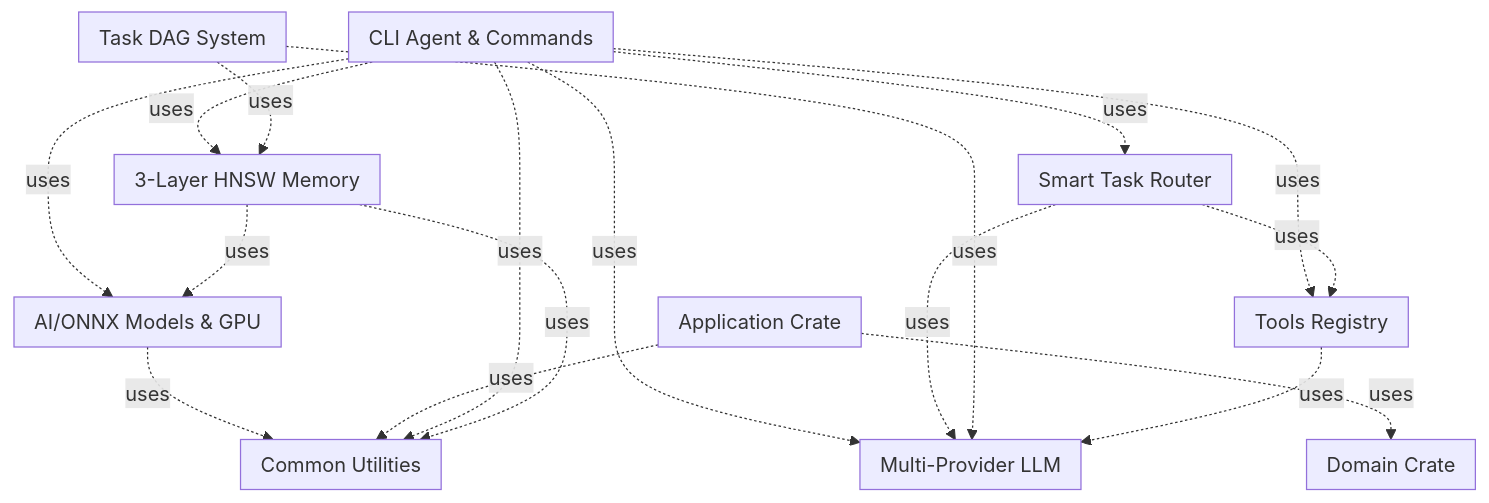
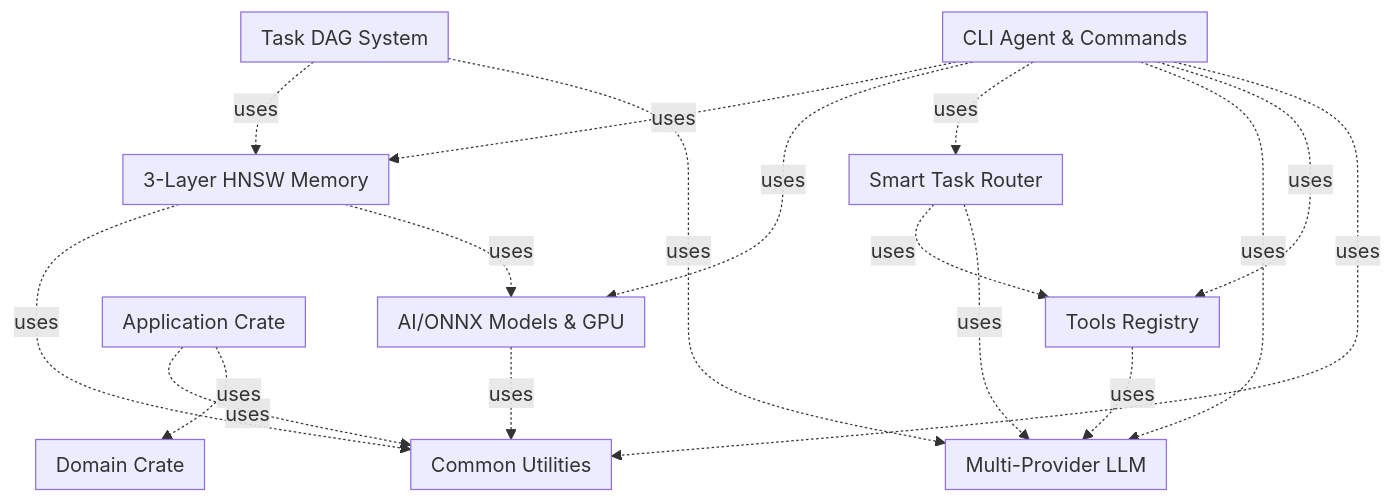
Before and after one commit to iMAGRAY/MAGRAY_Cli: the diagram in CLAUDE.md, drawn with Mermaid. The commit also changed other lines of this file and 10 other files, not shown here.

````diff
--- a/CLAUDE.md
+++ b/CLAUDE.md
@@ -172,57 +172,57 @@
 ```mermaid
 graph TB
 
     subgraph AI[AI/ONNX Models & GPU]
     end
 
     subgraph APPLICATION[Application Crate]
     end
 
     subgraph CLI[CLI Agent & Commands]
     end
 
     subgraph COMMON[Common Utilities]
     end
 
     subgraph DOMAIN[Domain Crate]
     end
 
     subgraph LLM[Multi-Provider LLM]
     end
 
     subgraph MEMORY[3-Layer HNSW Memory]
     end
 
     subgraph ROUTER[Smart Task Router]
     end
 
     subgraph TODO[Task DAG System]
     end
 
     subgraph TOOLS[Tools Registry]
     end
 
     %% Зависимости между крейтами
     AI -.->|uses| COMMON
+    APPLICATION -.->|uses| COMMON
     APPLICATION -.->|uses| DOMAIN
-    APPLICATION -.->|uses| COMMON
+    CLI -.->|uses| MEMORY
+    CLI -.->|uses| AI
     CLI -.->|uses| ROUTER
-    CLI -.->|uses| MEMORY
+    CLI -.->|uses| LLM
     CLI -.->|uses| TOOLS
-    CLI -.->|uses| LLM
-    CLI -.->|uses| AI
     CLI -.->|uses| COMMON
+    MEMORY -.->|uses| COMMON
     MEMORY -.->|uses| AI
-    MEMORY -.->|uses| COMMON
     ROUTER -.->|uses| TOOLS
     ROUTER -.->|uses| LLM
     TODO -.->|uses| MEMORY
     TODO -.->|uses| LLM
     TOOLS -.->|uses| LLM
 
     classDef crate fill:#e3f2fd,stroke:#1976d2,stroke-width:2px
     classDef testFile fill:#ffebee,stroke:#c62828,stroke-width:1px,stroke-dasharray: 5 5
     classDef mockFile fill:#fce4ec,stroke:#ad1457,stroke-width:1px,stroke-dasharray: 3 3
     classDef exampleFile fill:#e8f5e9,stroke:#2e7d32,stroke-width:1px
     classDef problemFile fill:#ffcdd2,stroke:#d32f2f,stroke-width:2px
 ```
````
